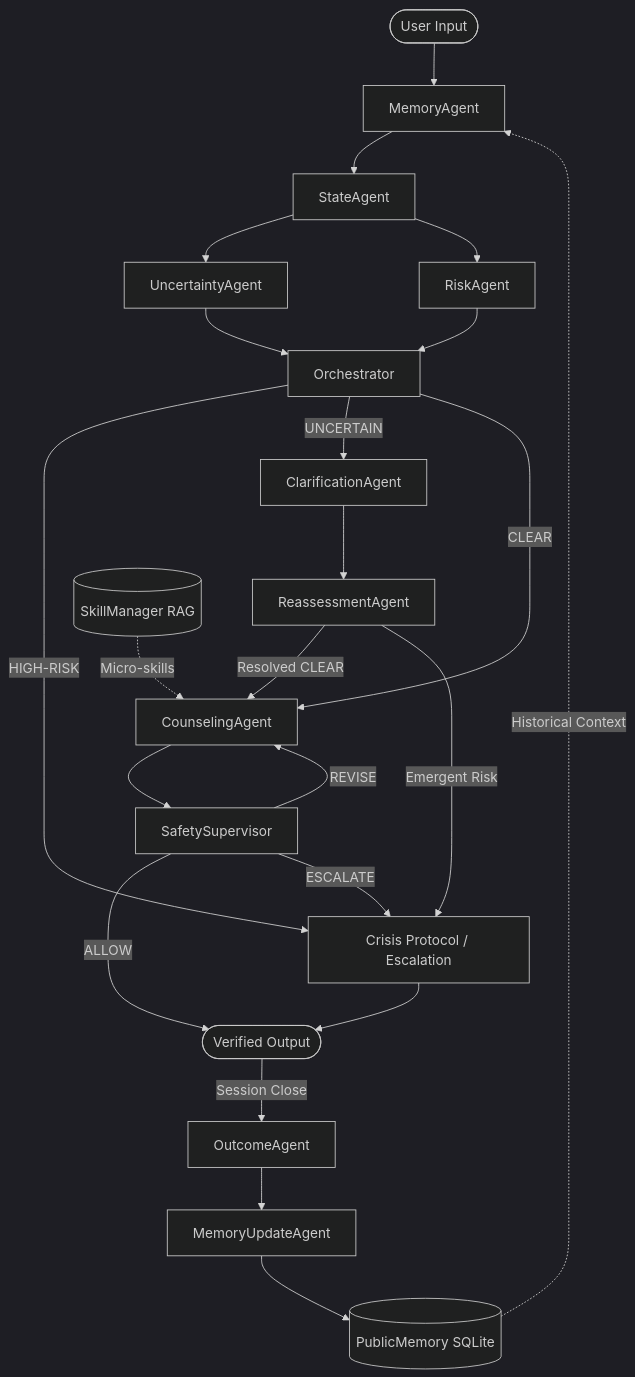
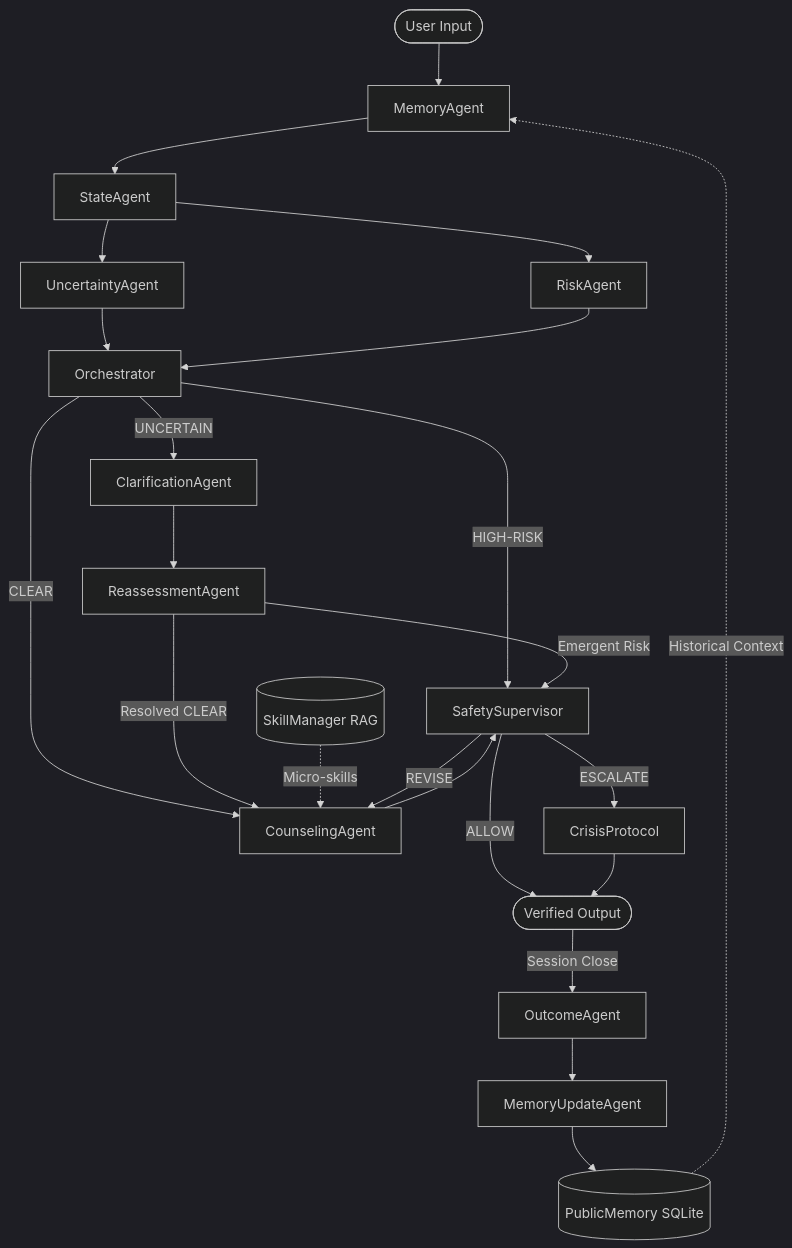
The diagram in docs/FINAL_RESEARCH_DOCUMENT.md (Ganesh-123-maker/AgenticAI-Mental-Health), drawn with Mermaid (dark theme) before and after one commit. The commit also changed other lines of this file and 3 other files, not shown here.

````diff
--- a/docs/FINAL_RESEARCH_DOCUMENT.md
+++ b/docs/FINAL_RESEARCH_DOCUMENT.md
@@ -90,32 +90,32 @@
 ```mermaid
 graph TD
     User([User Input]) --> MemoryAgent[MemoryAgent]
     MemoryAgent --> StateAgent[StateAgent]
     
     StateAgent --> UncertaintyAgent[UncertaintyAgent]
     StateAgent --> RiskAgent[RiskAgent]
     
     UncertaintyAgent --> Orchestrator[Orchestrator]
     RiskAgent --> Orchestrator
     
-    Orchestrator -->|HIGH-RISK| CrisisProtocol[Crisis Protocol / Escalation]
+    Orchestrator -->|HIGH-RISK| SafetySupervisor
     Orchestrator -->|UNCERTAIN| ClarificationAgent[ClarificationAgent]
     Orchestrator -->|CLEAR| CounselingAgent[CounselingAgent]
     
     ClarificationAgent --> ReassessmentAgent[ReassessmentAgent]
     ReassessmentAgent -->|Resolved CLEAR| CounselingAgent
-    ReassessmentAgent -->|Emergent Risk| CrisisProtocol
+    ReassessmentAgent -->|Emergent Risk| SafetySupervisor
     
     SkillManager[(SkillManager RAG)] -.->|Micro-skills| CounselingAgent
     
     CounselingAgent --> SafetySupervisor[SafetySupervisor]
     SafetySupervisor -->|ALLOW| Response([Verified Output])
     SafetySupervisor -->|REVISE| CounselingAgent
     SafetySupervisor -->|ESCALATE| CrisisProtocol
     CrisisProtocol --> Response
     
     Response -->|Session Close| OutcomeAgent[OutcomeAgent]
     OutcomeAgent --> MemoryUpdateAgent[MemoryUpdateAgent]
     MemoryUpdateAgent --> PublicMemory[(PublicMemory SQLite)]
     PublicMemory -.->|Historical Context| MemoryAgent
 ```
````
